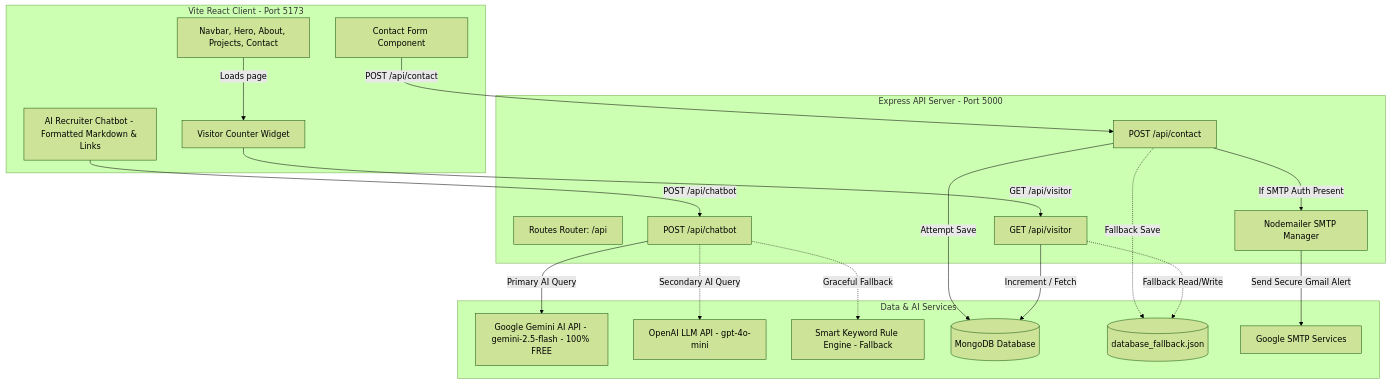
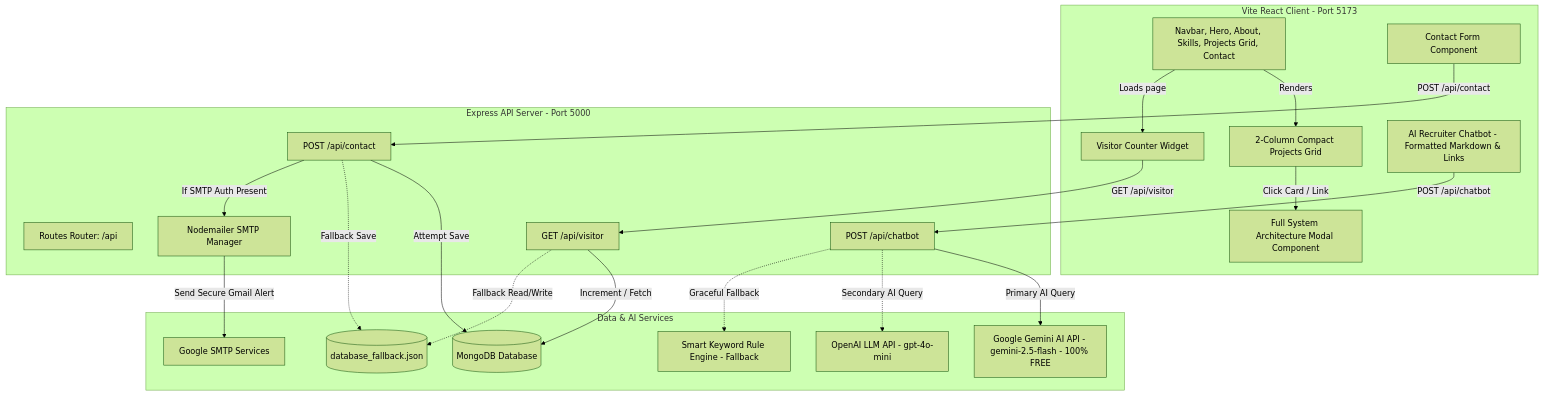
One commit to Mansehaj12/Personal_Portfolio changed the diagram in README.md. Above: the diagram before and after it, drawn with Mermaid (forest theme). The commit also changed other lines of this file and 7 other files, not shown here.

Commit message:
Add Capstone project, compact 2-column grid layout, interactive architecture modal, and README documentation

````diff
--- a/README.md
+++ b/README.md
@@ -13,50 +24,54 @@
 ```mermaid
 graph TD
     %% Frontend Components
     subgraph Frontend [Vite React Client - Port 5173]
-        UI[Navbar, Hero, About, Projects, Contact]
+        UI[Navbar, Hero, About, Skills, Projects Grid, Contact]
+        CompactGrid[2-Column Compact Projects Grid]
+        ArchModal[Full System Architecture Modal Component]
         Form[Contact Form Component]
         VisitorBadge[Visitor Counter Widget]
         ChatWidget[AI Recruiter Chatbot - Formatted Markdown & Links]
     end
 
     %% Backend Controllers
     subgraph Backend [Express API Server - Port 5000]
         API[Routes Router: /api]
         ContactCtrl[POST /api/contact]
         VisitorCtrl[GET /api/visitor]
         ChatCtrl[POST /api/chatbot]
         Nodemailer[Nodemailer SMTP Manager]
     end
 
     %% Infrastructure & AI Services
     subgraph Infrastructure [Data & AI Services]
         Gemini[Google Gemini AI API - gemini-2.5-flash - 100% FREE]
         OpenAI[OpenAI LLM API - gpt-4o-mini]
         SmartRules[Smart Keyword Rule Engine - Fallback]
         Mongo[(MongoDB Database)]
         JSONFallback[(database_fallback.json)]
         Gmail[Google SMTP Services]
     end
 
     %% Connections
+    UI -->|Renders| CompactGrid
+    CompactGrid -->|Click Card / Link| ArchModal
     UI -->|Loads page| VisitorBadge
     VisitorBadge -->|GET /api/visitor| VisitorCtrl
     Form -->|POST /api/contact| ContactCtrl
     ChatWidget -->|POST /api/chatbot| ChatCtrl
 
     %% AI Pipeline Logic
     ChatCtrl -->|Primary AI Query| Gemini
     ChatCtrl -.->|Secondary AI Query| OpenAI
     ChatCtrl -.->|Graceful Fallback| SmartRules
 
     %% DB Logic
     ContactCtrl -->|Attempt Save| Mongo
     ContactCtrl -.->|Fallback Save| JSONFallback
     VisitorCtrl -->|Increment / Fetch| Mongo
     VisitorCtrl -.->|Fallback Read/Write| JSONFallback
 
     %% SMTP Logic
     ContactCtrl -->|If SMTP Auth Present| Nodemailer
     Nodemailer -->|Send Secure Gmail Alert| Gmail
 ```
````
